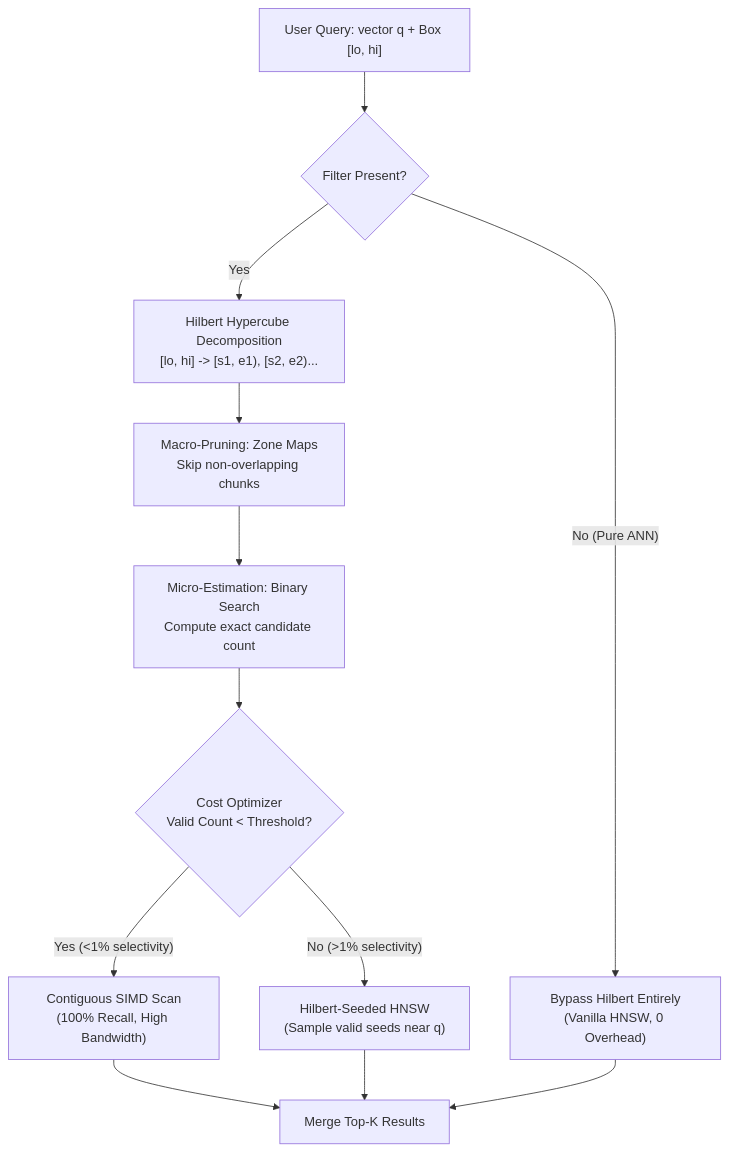
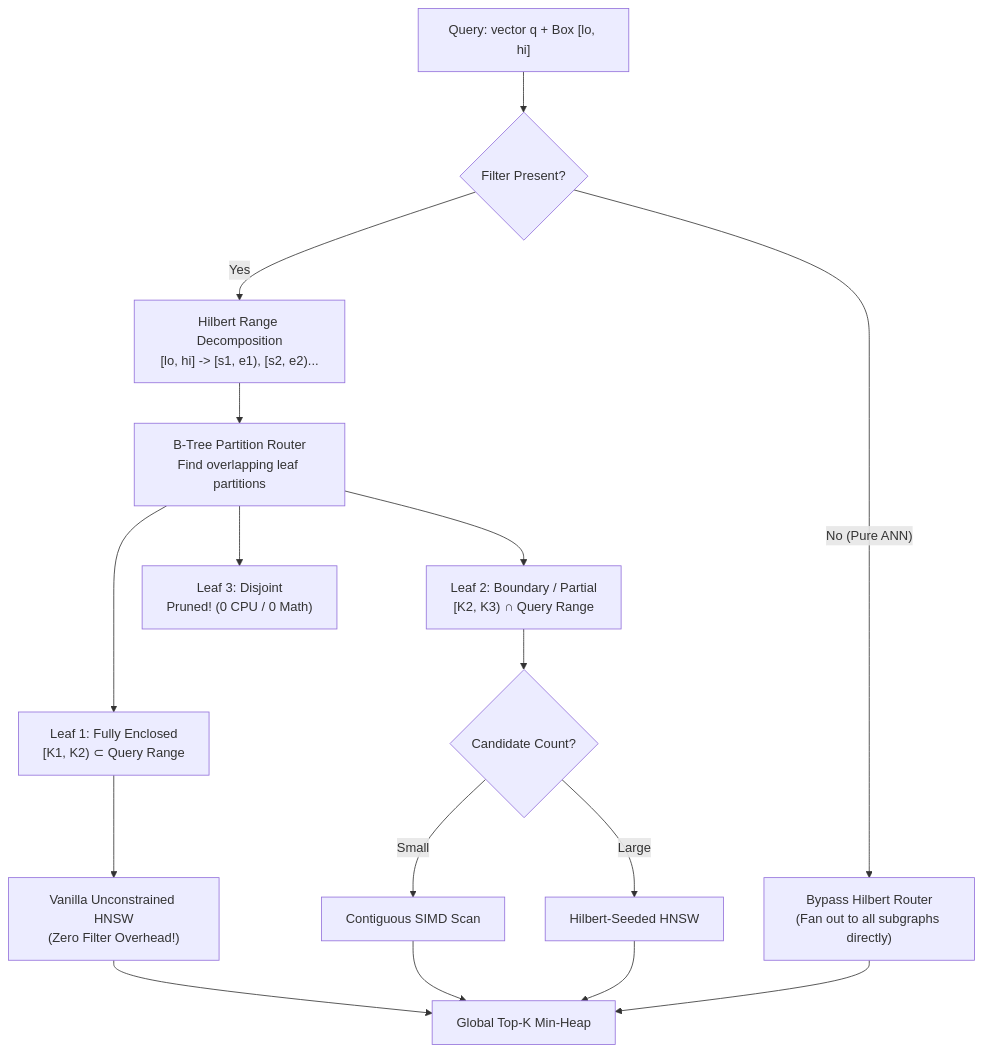
The first of 3 diagrams in docs/slides.md (ArnavDesai235/CSE532), drawn with Mermaid before and after one commit. The commit also changed other lines of this file and 1 other file, not shown here.

Commit message:
Update overview and slides with Hilbert-partitioned B-Tree of subgraphs and temporal merging scheme

````diff
--- a/docs/slides.md
+++ b/docs/slides.md
@@ -67,21 +69,24 @@
 ```mermaid
 flowchart TD
-    Q["User Query: vector q + Box [lo, hi]"] --> P{"Filter Present?"}
+    Q["Query: vector q + Box [lo, hi]"] --> P{"Filter Present?"}
     
-    P -- "No (Pure ANN)" --> B["Bypass Hilbert Entirely\n(Vanilla HNSW, 0 Overhead)"]
+    P -- "No (Pure ANN)" --> B["Bypass Hilbert Router\n(Fan out to all subgraphs directly)"]
     
-    P -- "Yes" --> D["Hilbert Hypercube Decomposition\n[lo, hi] -> [s1, e1), [s2, e2)..."]
+    P -- "Yes" --> D["Hilbert Range Decomposition\n[lo, hi] -> [s1, e1), [s2, e2)..."]
     
-    D --> ZM["Macro-Pruning: Zone Maps\nSkip non-overlapping chunks"]
+    D --> BT["B-Tree Partition Router\nFind overlapping leaf partitions"]
     
-    ZM --> SE["Micro-Estimation: Binary Search\nCompute exact candidate count"]
+    BT --> L1["Leaf 1: Fully Enclosed\n[K1, K2) ⊂ Query Range"]
+    BT --> L2["Leaf 2: Boundary / Partial\n[K2, K3) ∩ Query Range"]
+    BT --> L3["Leaf 3: Disjoint\nPruned! (0 CPU / 0 Math)"]
     
-    SE --> R{"Cost Optimizer\nValid Count < Threshold?"}
+    L1 --> V["Vanilla Unconstrained HNSW\n(Zero Filter Overhead!)"]
+    L2 --> C{"Candidate Count?"}
+    C -- "Small" --> FS["Contiguous SIMD Scan"]
+    C -- "Large" --> SH["Hilbert-Seeded HNSW"]
     
-    R -- "Yes (<1% selectivity)" --> S["Contiguous SIMD Scan\n(100% Recall, High Bandwidth)"]
-    R -- "No (>1% selectivity)" --> G["Hilbert-Seeded HNSW\n(Sample valid seeds near q)"]
-    
-    S --> AGG["Merge Top-K Results"]
-    G --> AGG
+    V --> AGG["Global Top-K Min-Heap"]
+    FS --> AGG
+    SH --> AGG
     B --> AGG
 ```
````
